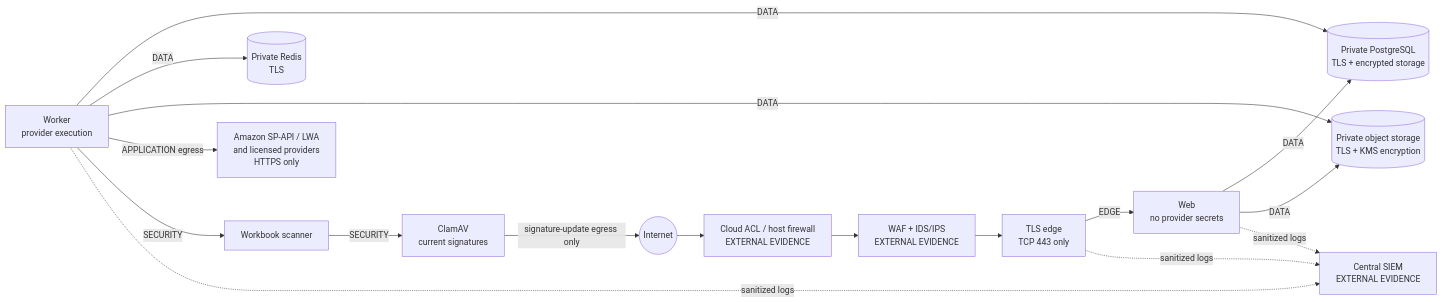
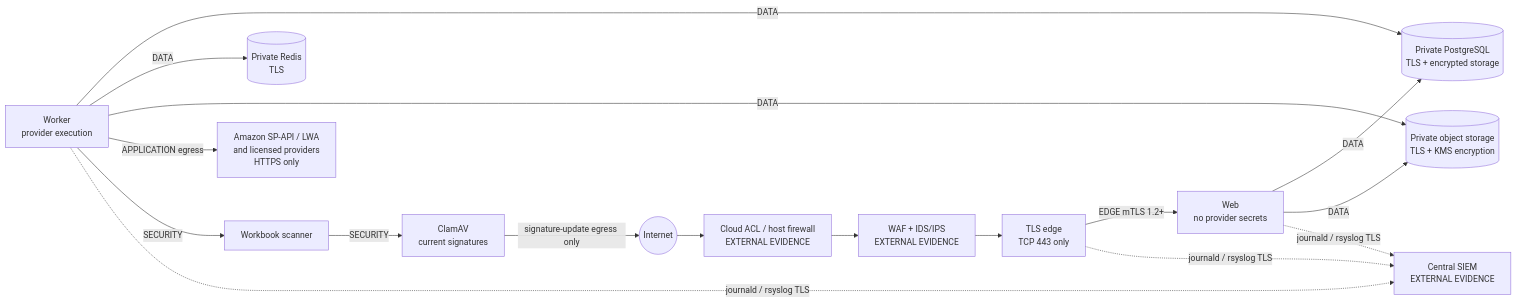
Before and after one commit to RealJabran/rizpoint-sourcing-os: the diagram in docs/AMAZON_NETWORK_SECURITY.md, drawn with Mermaid. The commit also changed other lines of this file and 46 other files, not shown here.

````diff
--- a/docs/AMAZON_NETWORK_SECURITY.md
+++ b/docs/AMAZON_NETWORK_SECURITY.md
@@ -34,30 +34,30 @@
 ```mermaid
 flowchart LR
   Internet((Internet))
   FW[Cloud ACL / host firewall\nEXTERNAL EVIDENCE]
   WAF[WAF + IDS/IPS\nEXTERNAL EVIDENCE]
   Edge[TLS edge\nTCP 443 only]
   Web[Web\nno provider secrets]
   Worker[Worker\nprovider execution]
   Scanner[Workbook scanner]
   ClamAV[ClamAV\ncurrent signatures]
   PG[(Private PostgreSQL\nTLS + encrypted storage)]
   Redis[(Private Redis\nTLS)]
   S3[(Private object storage\nTLS + KMS encryption)]
   Providers[Amazon SP-API / LWA\nand licensed providers\nHTTPS only]
   SIEM[Central SIEM\nEXTERNAL EVIDENCE]
 
   Internet --> FW --> WAF --> Edge
-  Edge -->|EDGE| Web
+  Edge -->|EDGE mTLS 1.2+| Web
   Web -->|DATA| PG
   Web -->|DATA| S3
   Worker -->|DATA| PG
   Worker -->|DATA| Redis
   Worker -->|DATA| S3
   Worker -->|APPLICATION egress| Providers
   Worker -->|SECURITY| Scanner -->|SECURITY| ClamAV
   ClamAV -->|signature-update egress only| Internet
-  Edge -. sanitized logs .-> SIEM
-  Web -. sanitized logs .-> SIEM
-  Worker -. sanitized logs .-> SIEM
+  Edge -. journald / rsyslog TLS .-> SIEM
+  Web -. journald / rsyslog TLS .-> SIEM
+  Worker -. journald / rsyslog TLS .-> SIEM
 ```
````
